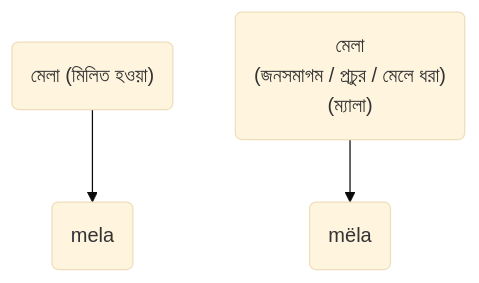
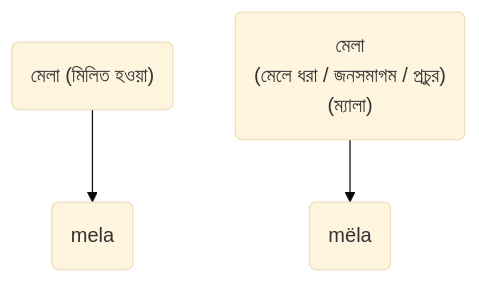
One commit to KhiproKeyboard/shorolipi changed the third of 4 diagrams in README.md. Above: the diagram before and after it, drawn with Mermaid (base theme). The commit also changed other lines of this file, not shown here.

````diff
--- a/README.md
+++ b/README.md
@@ -20,7 +22,7 @@
 ```mermaid
 flowchart TD
 I("মেলা (মিলিত হওয়া) ") --> J("mela")
 K("মেলা
-(জনসমাগম / প্রচুর / মেলে ধরা)
+(মেলে ধরা / জনসমাগম / প্রচুর)
 (ম্যালা)") --> L("mëla")
 ```
````
